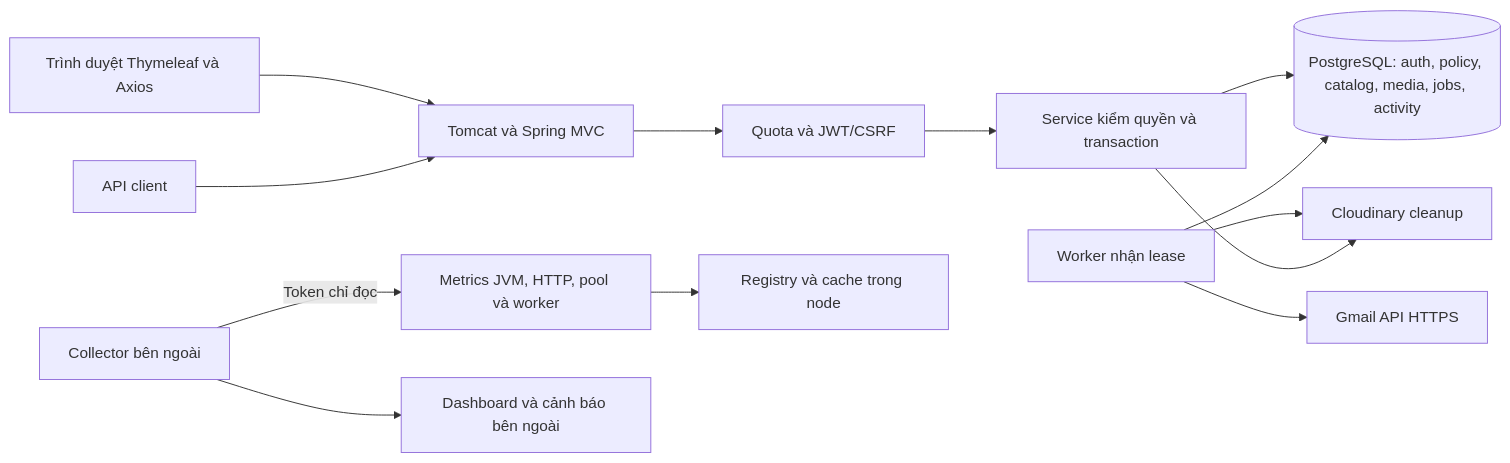
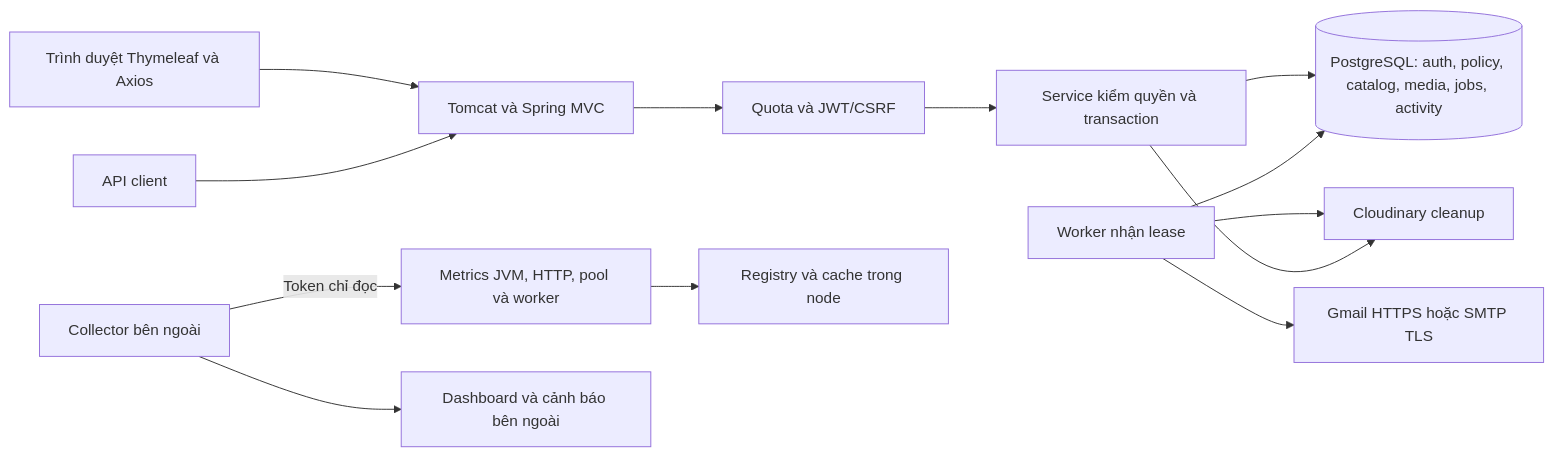
One commit to hieuv526034/vietroute-web changed the diagram in docs/01-bat-dau/TONG_QUAN_HE_THONG.md. Above: the diagram before and after it, drawn with Mermaid. The commit also changed other lines of this file and 3 other files, not shown here.

````diff
--- a/docs/01-bat-dau/TONG_QUAN_HE_THONG.md
+++ b/docs/01-bat-dau/TONG_QUAN_HE_THONG.md
@@ -15,15 +15,15 @@
 ```mermaid
 flowchart LR
     Browser[Trình duyệt Thymeleaf và Axios] --> Web[Tomcat và Spring MVC]
     Api[API client] --> Web
     Web --> Security[Quota và JWT/CSRF]
     Security --> Services[Service kiểm quyền và transaction]
     Services --> DB[(PostgreSQL: auth, policy, catalog, media, jobs, activity)]
     Worker[Worker nhận lease] --> DB
-    Worker --> Gmail[Gmail API HTTPS]
+    Worker --> Gmail[Gmail HTTPS hoặc SMTP TLS]
     Worker --> Cloudinary[Cloudinary cleanup]
     Services --> Cloudinary
     Monitor[Collector bên ngoài] -->|Token chỉ đọc| Metrics[Metrics JVM, HTTP, pool và worker]
     Metrics --> Registry[Registry và cache trong node]
     Monitor --> Dashboard[Dashboard và cảnh báo bên ngoài]
 ```
````
